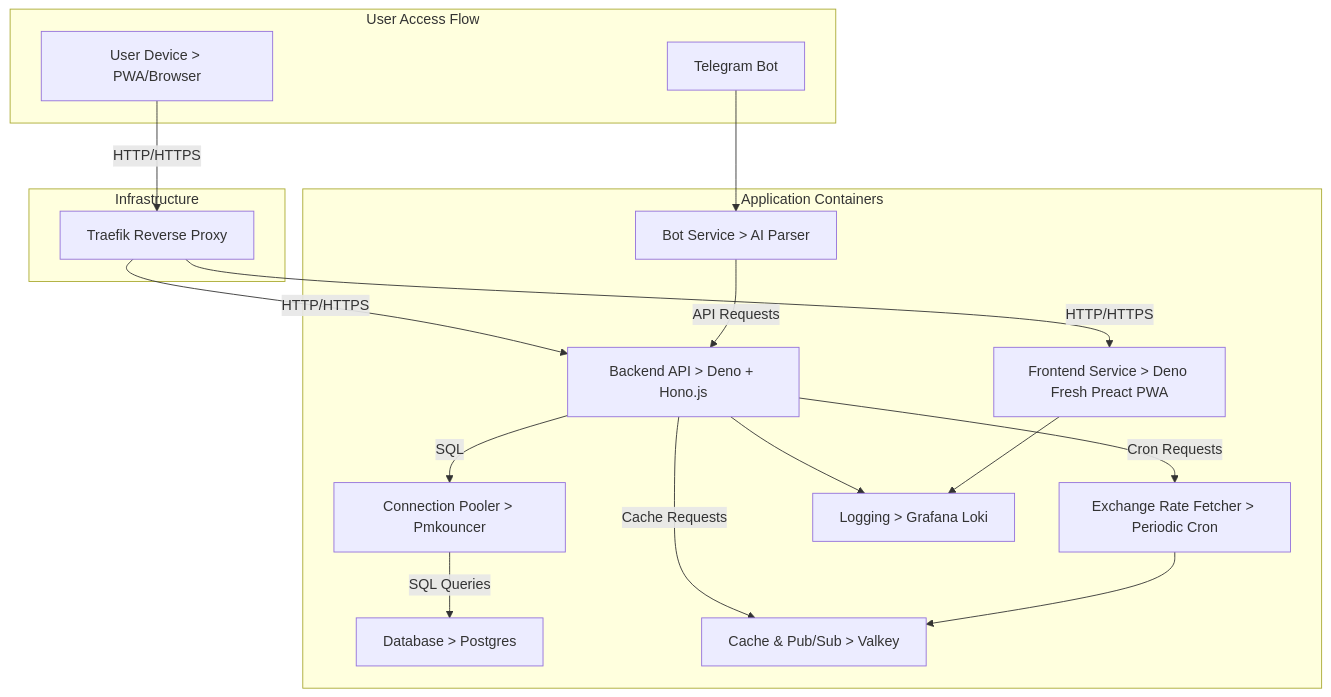
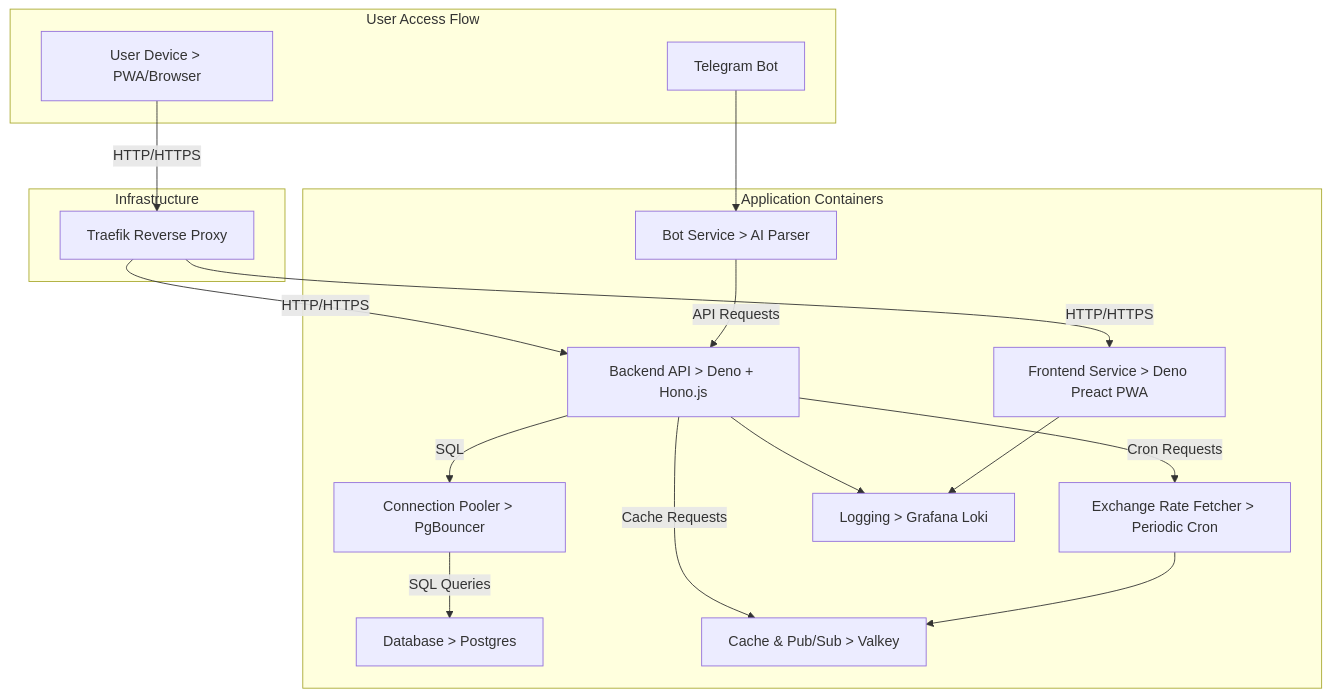
One commit to spy4x/financy changed the first of 2 diagrams in docs/6.infrastructure.md. Above: the diagram before and after it, drawn with Mermaid. The commit also changed other lines of this file and 13 other files, not shown here.

````diff
--- a/docs/6.infrastructure.md
+++ b/docs/6.infrastructure.md
@@ -62,35 +62,35 @@
 ```mermaid
 flowchart TD
     subgraph "User Access Flow"
         User[User Device > PWA/Browser] 
         Bot[Telegram Bot] 
     end
 
     subgraph "Application Containers"
-        Frontend[Frontend Service > Deno Fresh Preact PWA] 
+        Frontend[Frontend Service > Deno Preact PWA] 
         API[Backend API > Deno + Hono.js]
         DB[Database > Postgres]
-        PgBouncer[Connection Pooler > Pmkouncer]
+        PgBouncer[Connection Pooler > PgBouncer]
         Valkey[Cache & Pub/Sub > Valkey]
         BotService[Bot Service > AI Parser]
         ExchangeRate[Exchange Rate Fetcher > Periodic Cron]
         Logs[Logging > Grafana Loki]
     end
 
     subgraph "Infrastructure"
         Proxy[Traefik Reverse Proxy]
     end
 
     User-->|HTTP/HTTPS|Proxy
     Proxy-->|HTTP/HTTPS|Frontend
     Proxy-->|HTTP/HTTPS|API
     API-->|SQL|PgBouncer
     PgBouncer-->|SQL Queries|DB
     API-->|Cache Requests|Valkey
     Bot-->BotService
     BotService-->|API Requests|API
     API-->|Cron Requests|ExchangeRate
     API-->Logs
     Frontend-->Logs
     ExchangeRate-->Valkey
 ```
````
